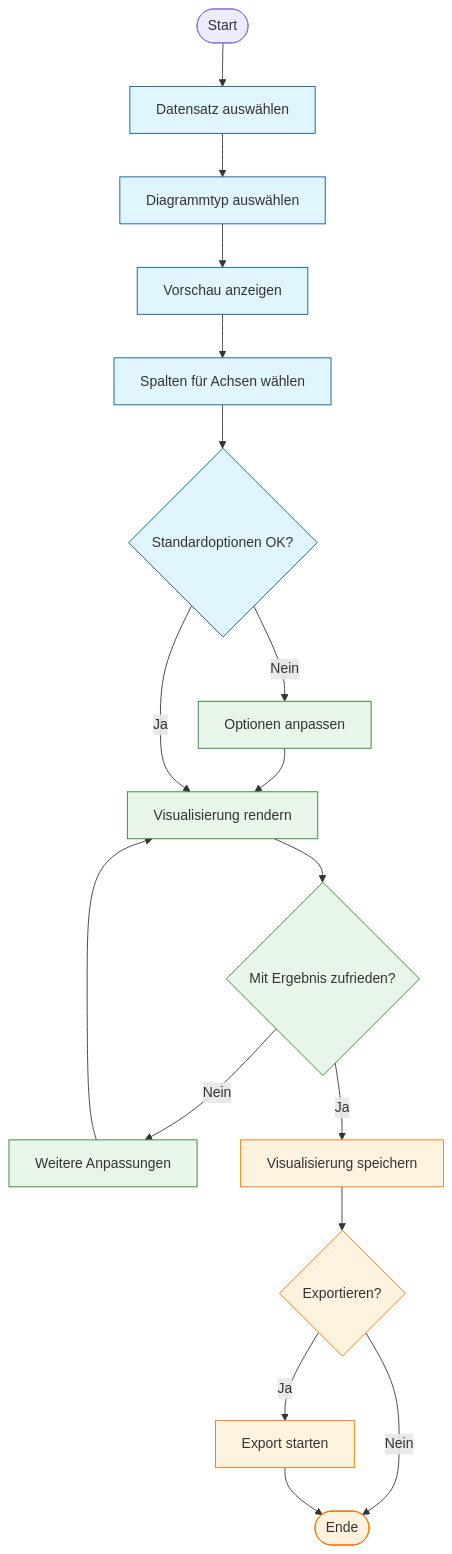
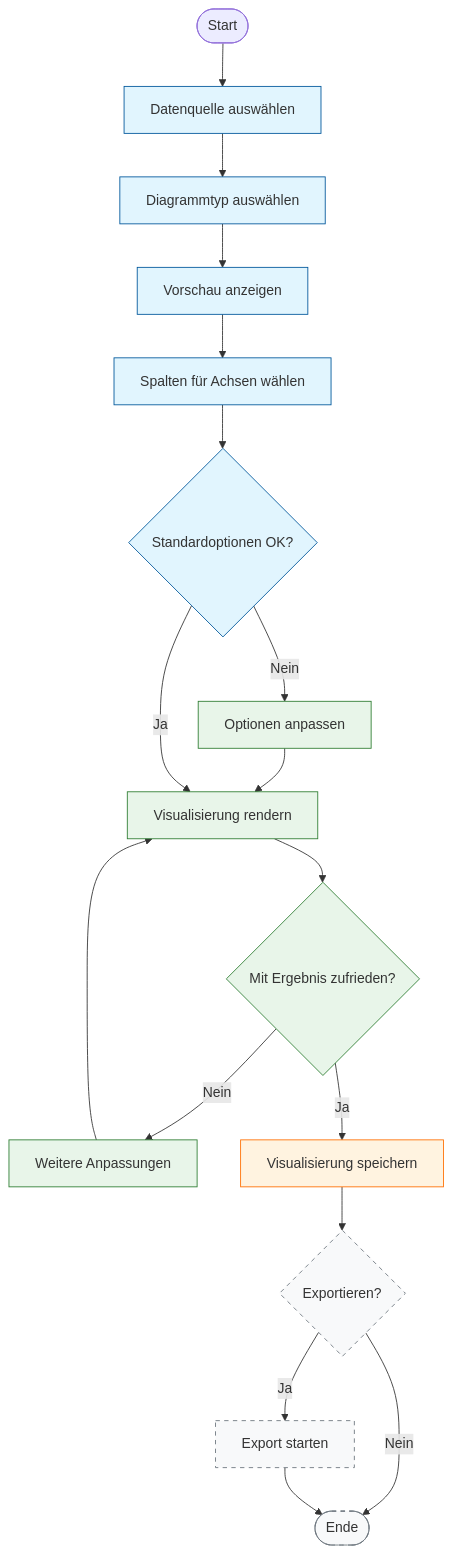
One commit to jurkat/datainspect changed the diagram in docs/diagrams/activity-diagram.mmd. Above: the diagram before and after it, drawn with Mermaid. The commit also changed 12 other files, not shown here.

First line of the commit message:
Comprehensive documentation and architecture implementation for Phase 2

```diff
--- a/docs/diagrams/activity-diagram.mmd
+++ b/docs/diagrams/activity-diagram.mmd
@@ -1,33 +1,35 @@
 flowchart TB
     %% Vorbereitung
-    Start([Start]) --> A[Datensatz auswählen]
+    Start([Start]) --> A[Datenquelle auswählen]
     A --> B[Diagrammtyp auswählen]
     B --> C[Vorschau anzeigen]
     C --> D[Spalten für Achsen wählen]
     D --> E{Standardoptionen OK?}
-    
+
     %% Kompakte Anpassungsprozesse
    F[Optionen anpassen] --> G[Visualisierung rendern]
    J[Weitere Anpassungen] --> G
    G --> H{Mit Ergebnis zufrieden?}
    H -->|Nein| J
- 
+
     %% Hauptflussverbindungen
     E -->|Nein| F
     E -->|Ja| G
     H -->|Ja| I[Visualisierung speichern]
-    
-    %% Export-Entscheidung
+
+    %% Export-Entscheidung (geplante Funktionalität)
     I --> K{Exportieren?}
     K -->|Ja| L[Export starten]
     K -->|Nein| Ende([Ende])
     L --> Ende
-    
+
     %% Visuelle Hinweise zur Gruppierung
     classDef vorbereitung fill:#e1f5fe,stroke:#01579b
     classDef anpassung fill:#e8f5e9,stroke:#2e7d32
     classDef abschluss fill:#fff3e0,stroke:#ff6f00
-    
+    classDef planned fill:#f8f9fa,stroke:#6c757d,stroke-dasharray: 5 5
+
     class A,B,C,D,E vorbereitung
     class F,G,H,J anpassung
-    class I,K,L,Ende abschluss
+    class I abschluss
+    class K,L,Ende planned
```
